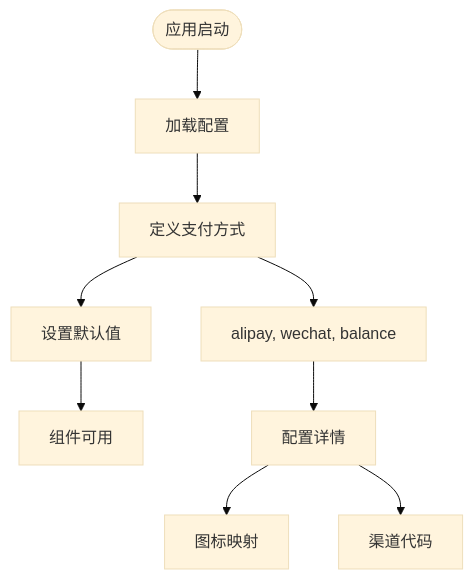
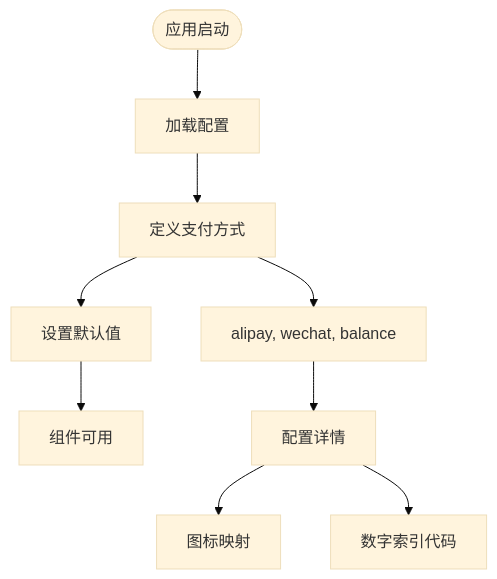
The fifth of 6 diagrams in .qoder/repowiki/zh/content/UI组件/支付方法选择器.md (16499259-oss/GLM-sniper), drawn with Mermaid (base theme) before and after one commit. The commit also changed other lines of this file and 5 other files, not shown here.

````diff
--- a/.qoder/repowiki/zh/content/UI组件/支付方法选择器.md
+++ b/.qoder/repowiki/zh/content/UI组件/支付方法选择器.md
@@ -224,11 +226,11 @@
 ```mermaid
 flowchart TD
 Start([应用启动]) --> LoadConfig[加载配置]
 LoadConfig --> DefineMethods[定义支付方式]
 DefineMethods --> SetDefault[设置默认值]
 SetDefault --> Ready[组件可用]
 DefineMethods --> Methods[alipay, wechat, balance]
 Methods --> Configs[配置详情]
 Configs --> Icons[图标映射]
-Configs --> Codes[渠道代码]
+Configs --> Codes[数字索引代码]
 ```
````
